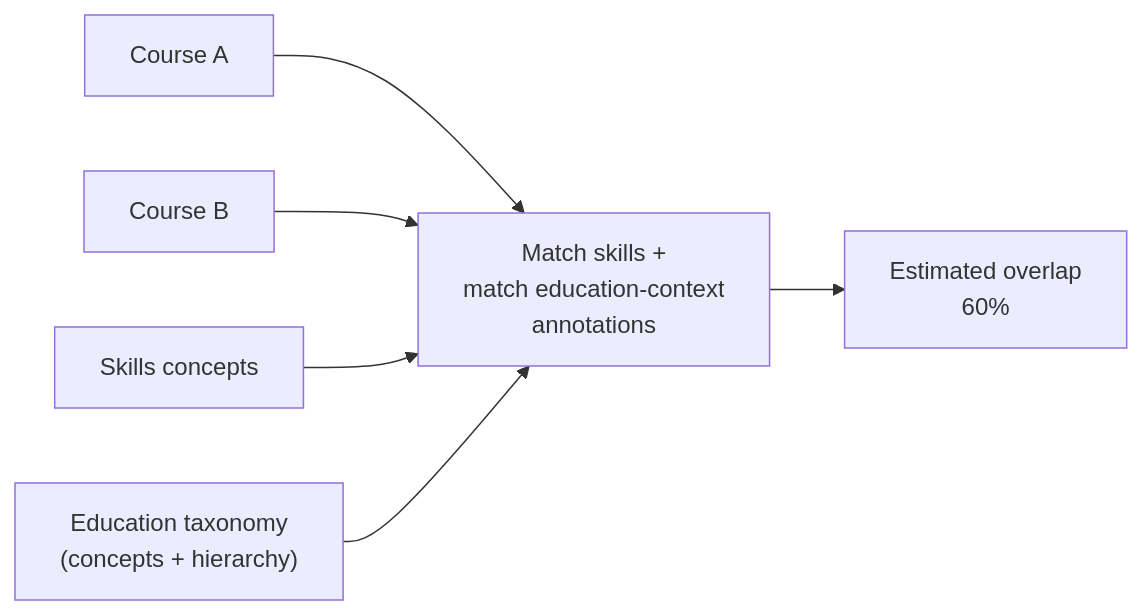
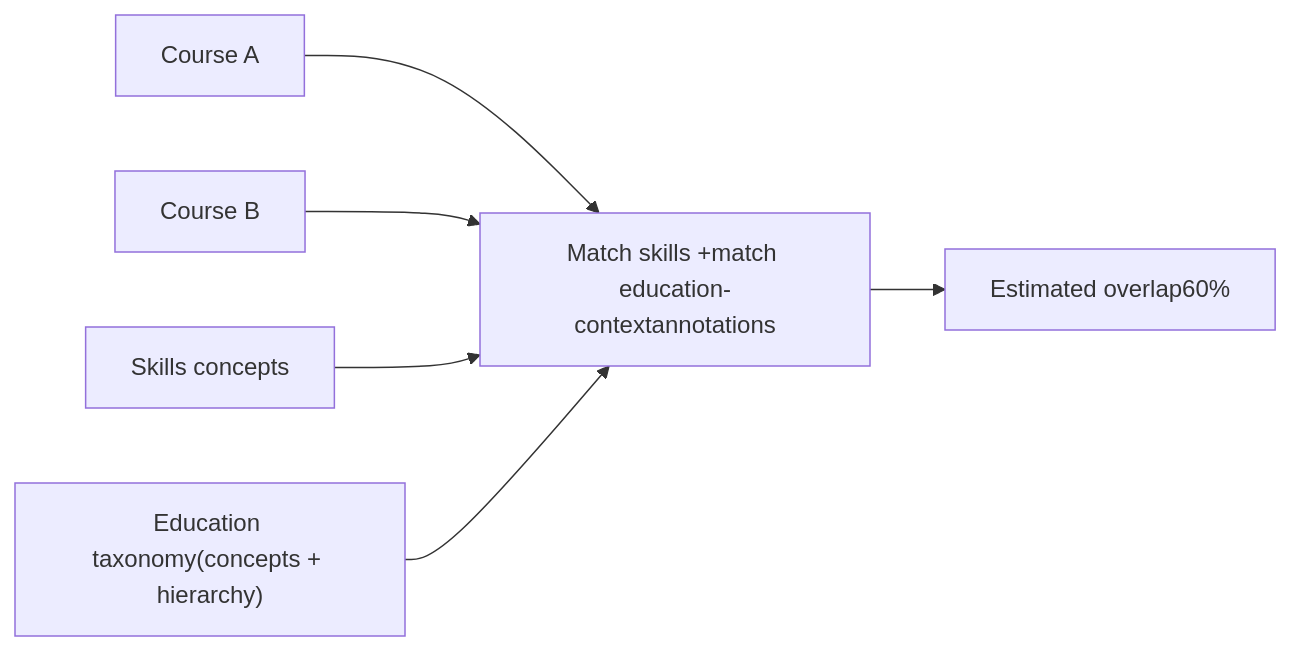
One commit to leskneebone/skills-SPARQL changed the sixth of 18 diagrams in reports/creditTransfer.md. Above: the diagram before and after it, drawn with Mermaid. The commit also changed other lines of this file, not shown here.

````diff
--- a/reports/creditTransfer.md
+++ b/reports/creditTransfer.md
@@ -59,8 +59,8 @@
 ```mermaid
 flowchart LR
-  A["Course A"] --> M["Match skills +\nmatch education-context\nannotations"]
+  A["Course A"] --> M["Match skills +match education-contextannotations"]
   B["Course B"] --> M
   S["Skills concepts"] --> M
-  E["Education taxonomy\n(concepts + hierarchy)"] --> M
-  M --> O["Estimated overlap\n60%"]
+  E["Education taxonomy(concepts + hierarchy)"] --> M
+  M --> O["Estimated overlap60%"]
 ```
````
